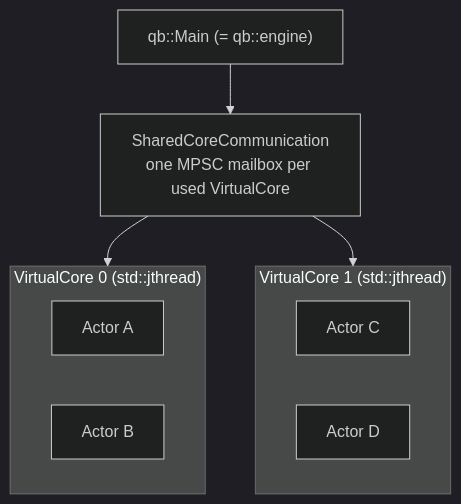
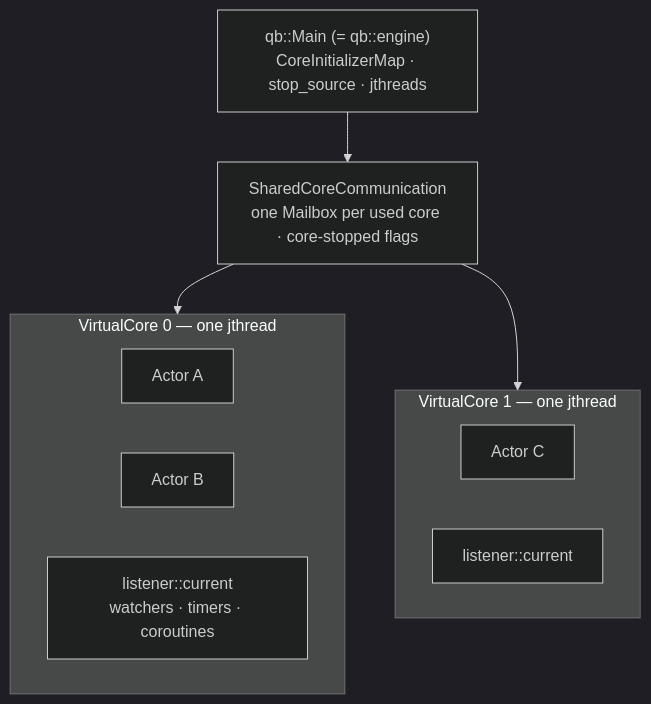
Before and after one commit to isndev/qb: the first of 3 diagrams in readme/4_qb_core/engine.md, drawn with Mermaid (dark theme). The commit also changed other lines of this file and 16 other files, not shown here.

````diff
--- a/readme/4_qb_core/engine.md
+++ b/readme/4_qb_core/engine.md
@@ -20,15 +14,16 @@
 ```mermaid
 flowchart TB
-    M["qb::Main (= qb::engine)"]
-    M --> SCC["SharedCoreCommunication<br/>one MPSC mailbox per used VirtualCore"]
+    M["qb::Main (= qb::engine)<br/>CoreInitializerMap · stop_source · jthreads"]
+    M --> SCC["SharedCoreCommunication<br/>one Mailbox per used core · core-stopped flags"]
     SCC --> VC0
     SCC --> VC1
-    subgraph VC0["VirtualCore 0 (std::jthread)"]
+    subgraph VC0["VirtualCore 0 — one jthread"]
         A["Actor A"]
         B["Actor B"]
+        L0["listener::current<br/>watchers · timers · coroutines"]
     end
-    subgraph VC1["VirtualCore 1 (std::jthread)"]
+    subgraph VC1["VirtualCore 1 — one jthread"]
         C["Actor C"]
-        D["Actor D"]
+        L1["listener::current"]
     end
 ```
````
